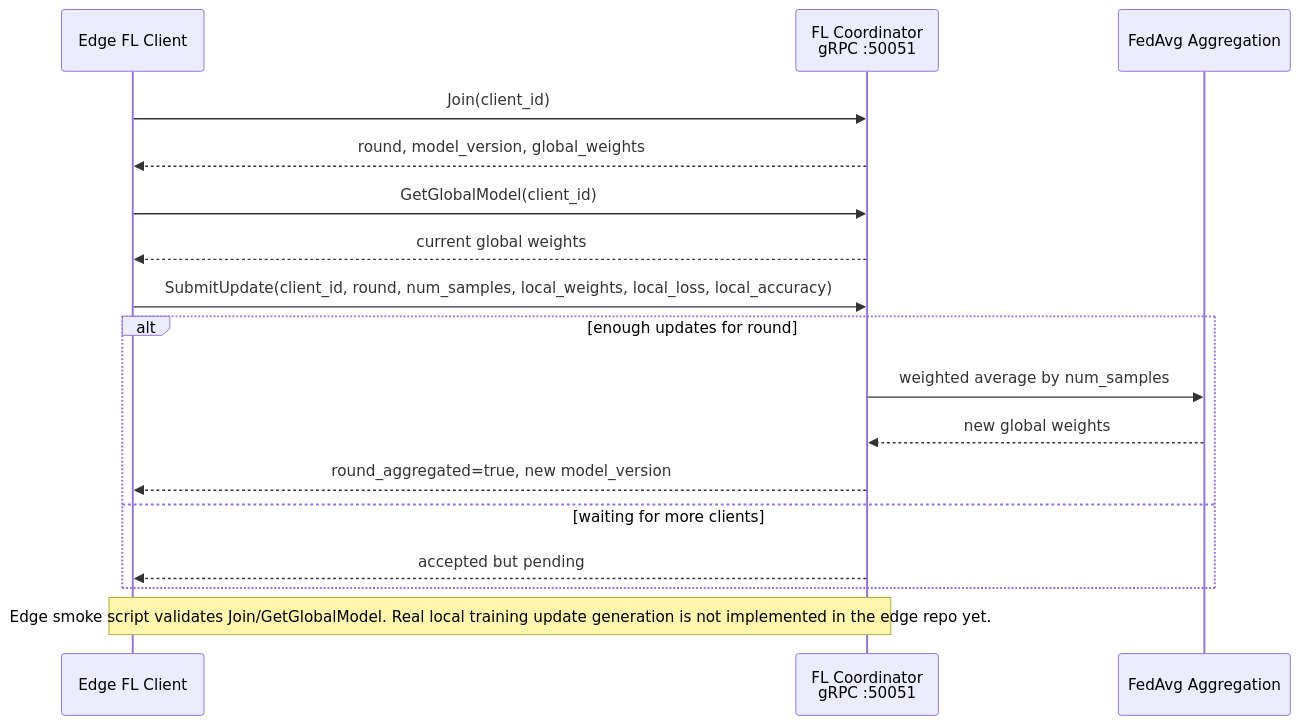
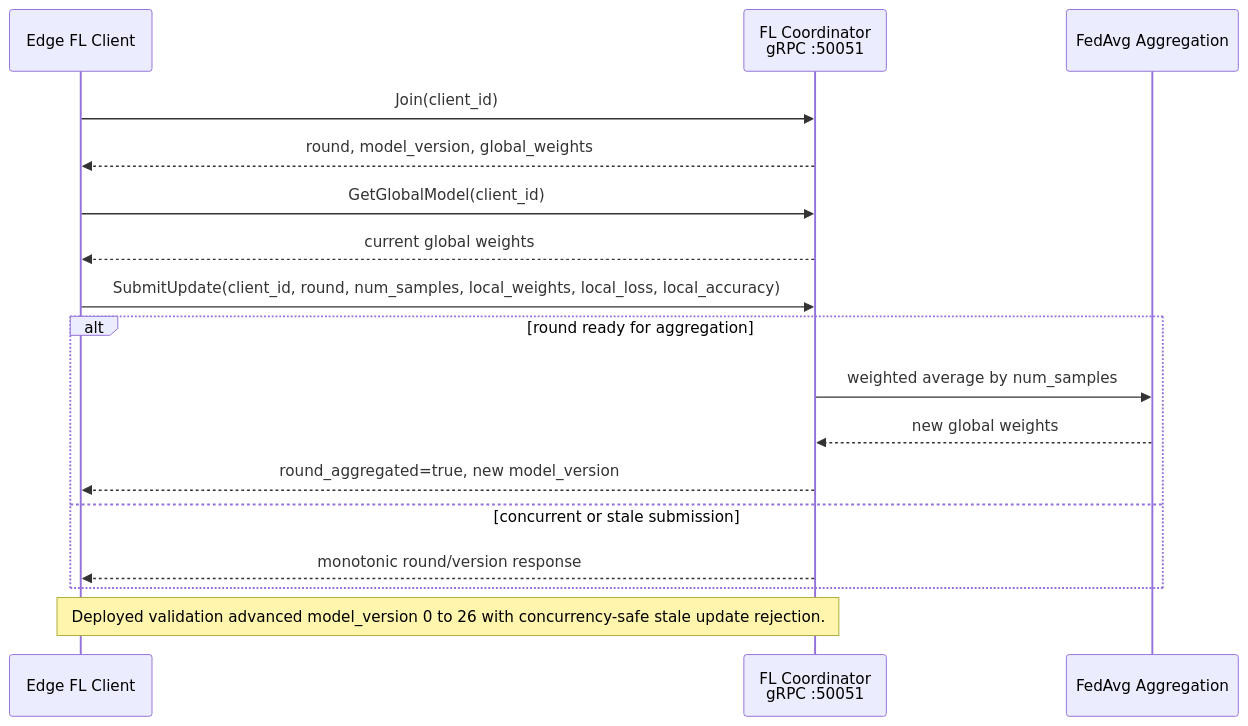
The fourth of 6 diagrams in README.md (TrashUQ/TrashUQ), drawn with Mermaid before and after one commit. The commit also changed other lines of this file and 5 other files, not shown here.

````diff
--- a/README.md
+++ b/README.md
@@ -390,21 +415,21 @@
 ```mermaid
 sequenceDiagram
   participant Client as Edge FL Client
   participant Coord as FL Coordinator<br/>gRPC :50051
   participant Agg as FedAvg Aggregation
 
   Client->>Coord: Join(client_id)
   Coord-->>Client: round, model_version, global_weights
   Client->>Coord: GetGlobalModel(client_id)
   Coord-->>Client: current global weights
   Client->>Coord: SubmitUpdate(client_id, round, num_samples, local_weights, local_loss, local_accuracy)
-  alt enough updates for round
+  alt round ready for aggregation
     Coord->>Agg: weighted average by num_samples
     Agg-->>Coord: new global weights
     Coord-->>Client: round_aggregated=true, new model_version
-  else waiting for more clients
-    Coord-->>Client: accepted but pending
+  else concurrent or stale submission
+    Coord-->>Client: monotonic round/version response
   end
 
-  Note over Client,Coord: Edge smoke script validates Join/GetGlobalModel. Real local training update generation is not implemented in the edge repo yet.
+  Note over Client,Coord: Deployed validation advanced model_version 0 to 26 with concurrency-safe stale update rejection.
 ```
````
